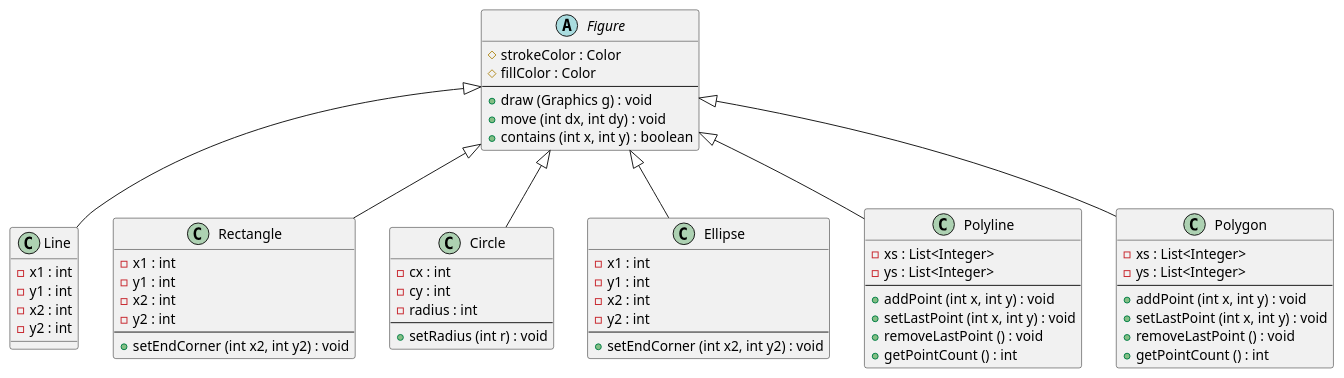
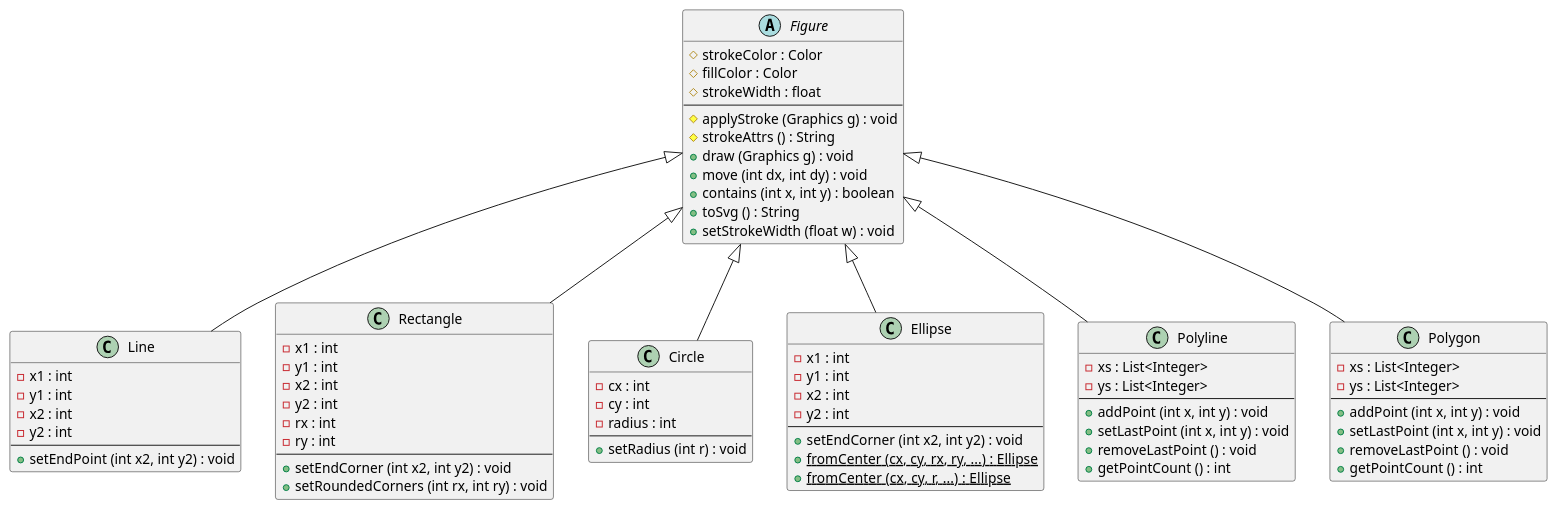
Before and after one commit to cpcp-lab/sdd-figure-editor: the second of 3 diagrams in docs/static-structure.md, drawn with PlantUML. The commit also changed other lines of this file and 20 other files, not shown here.

```diff
--- a/docs/static-structure.md
+++ b/docs/static-structure.md
@@ -82,10 +108,15 @@
 abstract class Figure {
     # strokeColor : Color
     # fillColor : Color
+    # strokeWidth : float
     --
+    # applyStroke (Graphics g) : void
+    # strokeAttrs () : String
     + draw (Graphics g) : void
     + move (int dx, int dy) : void
     + contains (int x, int y) : boolean
+    + toSvg () : String
+    + setStrokeWidth (float w) : void
 }
 
 class Line {
@@ -93,6 +124,8 @@
     - y1 : int
     - x2 : int
     - y2 : int
+    --
+    + setEndPoint (int x2, int y2) : void
 }
 
 class Rectangle {
@@ -100,8 +133,11 @@
     - y1 : int
     - x2 : int
     - y2 : int
+    - rx : int
+    - ry : int
     --
     + setEndCorner (int x2, int y2) : void
+    + setRoundedCorners (int rx, int ry) : void
 }
 
 class Circle {
@@ -119,6 +155,8 @@
     - y2 : int
     --
     + setEndCorner (int x2, int y2) : void
+    + {static} fromCenter (cx, cy, rx, ry, ...) : Ellipse
+    + {static} fromCenter (cx, cy, r, ...) : Ellipse
 }
 
 class Polyline {
```
